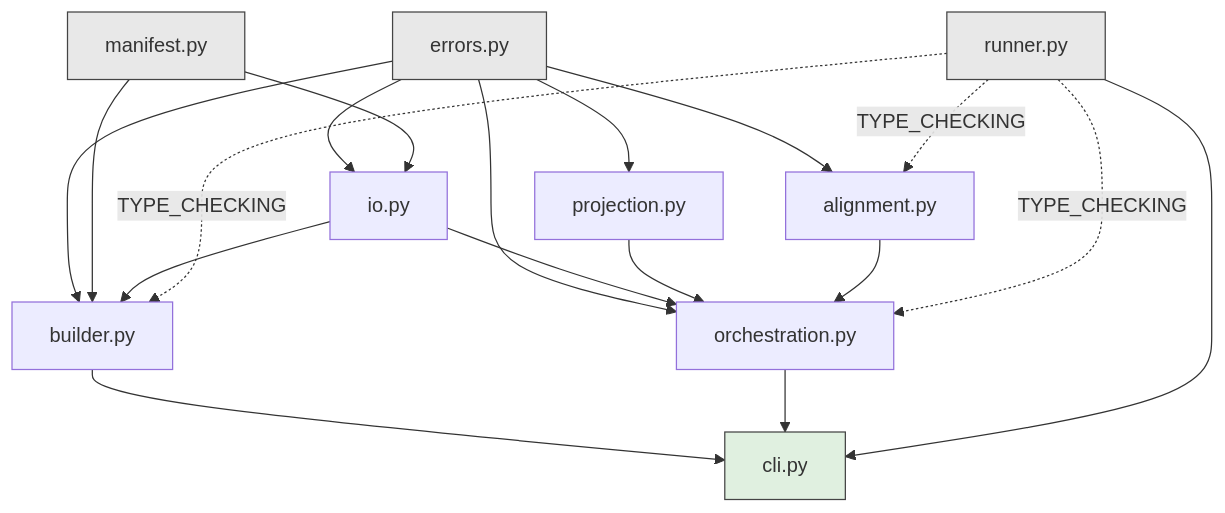
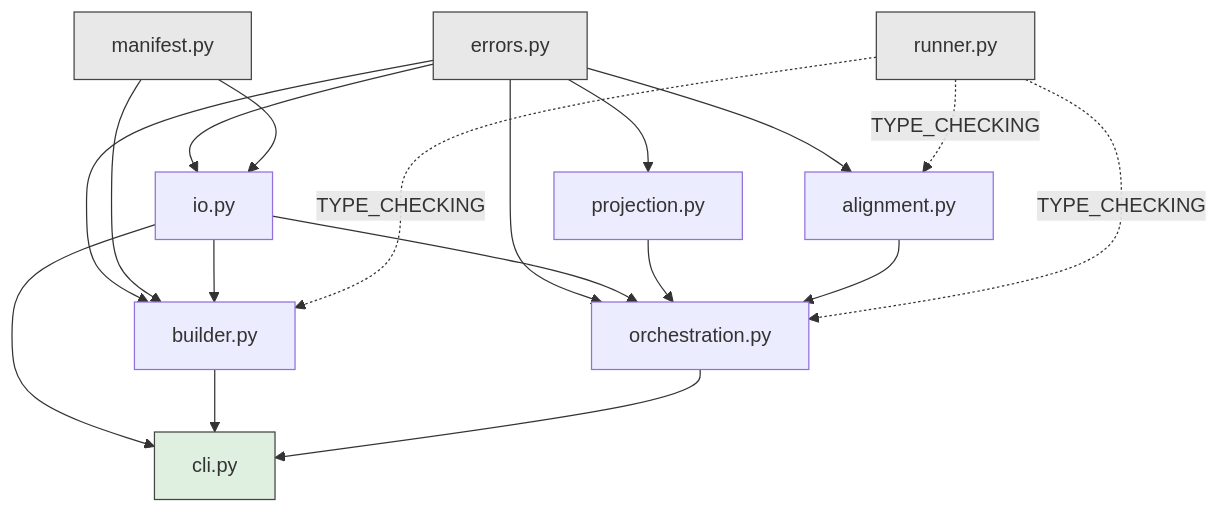
One commit to carstenerickson/admixture-cache changed the first of 4 diagrams in DEVELOPMENT.md. Above: the diagram before and after it, drawn with Mermaid. The commit also changed other lines of this file and 2 other files, not shown here.

````diff
--- a/DEVELOPMENT.md
+++ b/DEVELOPMENT.md
@@ -42,40 +42,40 @@
 ```mermaid
 graph TD
     errors[errors.py]
     runner[runner.py]
     manifest[manifest.py]
     projection[projection.py]
     alignment[alignment.py]
     io[io.py]
     builder[builder.py]
     orchestration[orchestration.py]
     cli[cli.py]
 
     errors --> projection
     errors --> alignment
     errors --> io
     errors --> builder
     errors --> orchestration
 
     manifest --> io
     manifest --> builder
 
     io --> builder
     io --> orchestration
 
     projection --> orchestration
     alignment --> orchestration
 
+    io --> cli
     builder --> cli
     orchestration --> cli
 
     runner -. TYPE_CHECKING .-> alignment
     runner -. TYPE_CHECKING .-> builder
     runner -. TYPE_CHECKING .-> orchestration
-    runner --> cli
 
     classDef root fill:#e8e8e8,stroke:#444
     class errors,runner,manifest root
     classDef leaf fill:#e0f0e0,stroke:#444
     class cli leaf
 ```
````
